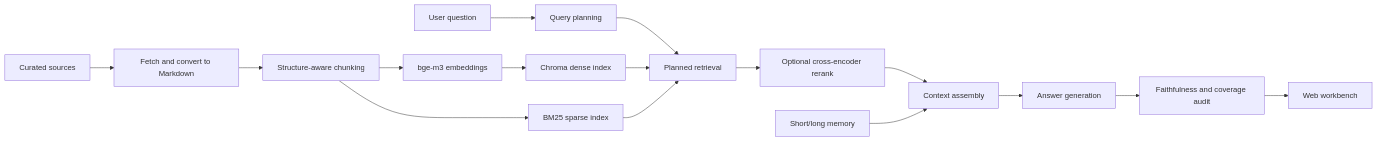
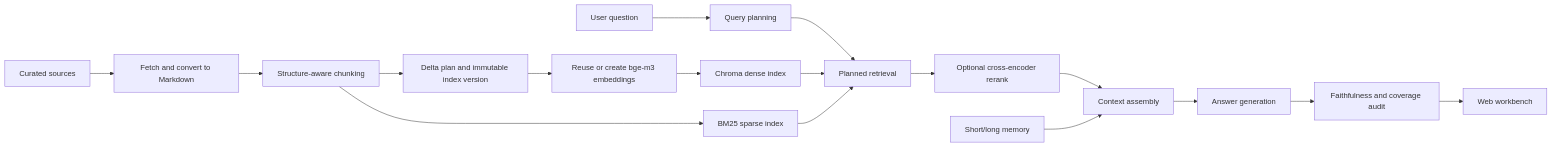
The diagram in README.md (lzyadone/enterprise-rag-learning-project), drawn with Mermaid before and after one commit. The commit also changed other lines of this file and 6 other files, not shown here.

````diff
--- a/README.md
+++ b/README.md
@@ -52,18 +53,19 @@
 ```mermaid
 flowchart LR
     A["Curated sources"] --> B["Fetch and convert to Markdown"]
     B --> C["Structure-aware chunking"]
-    C --> D["bge-m3 embeddings"]
+    C --> V["Delta plan and immutable index version"]
+    V --> D["Reuse or create bge-m3 embeddings"]
     D --> E["Chroma dense index"]
     C --> S["BM25 sparse index"]
     Q["User question"] --> P["Query planning"]
     P --> R["Planned retrieval"]
     E --> R
     S --> R
     R --> RR["Optional cross-encoder rerank"]
     RR --> K["Context assembly"]
     M["Short/long memory"] --> K
     K --> G["Answer generation"]
     G --> AU["Faithfulness and coverage audit"]
     AU --> W["Web workbench"]
 ```
````
